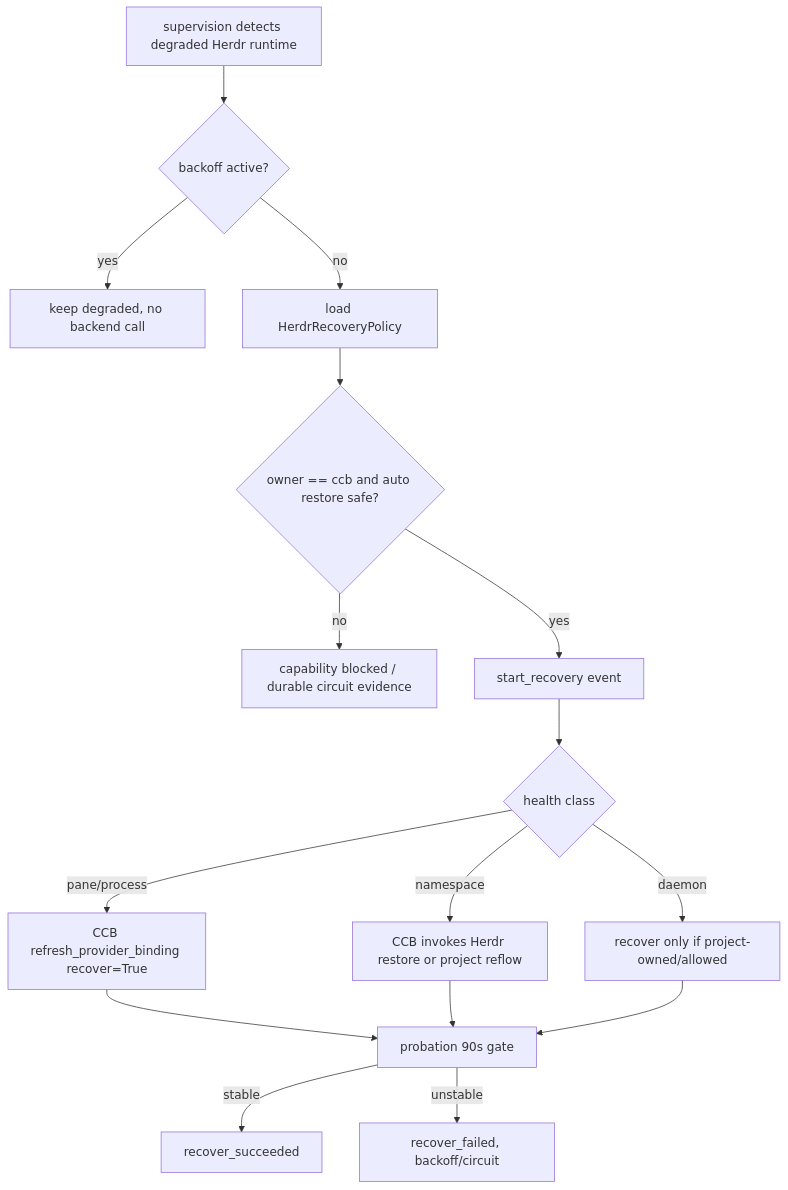
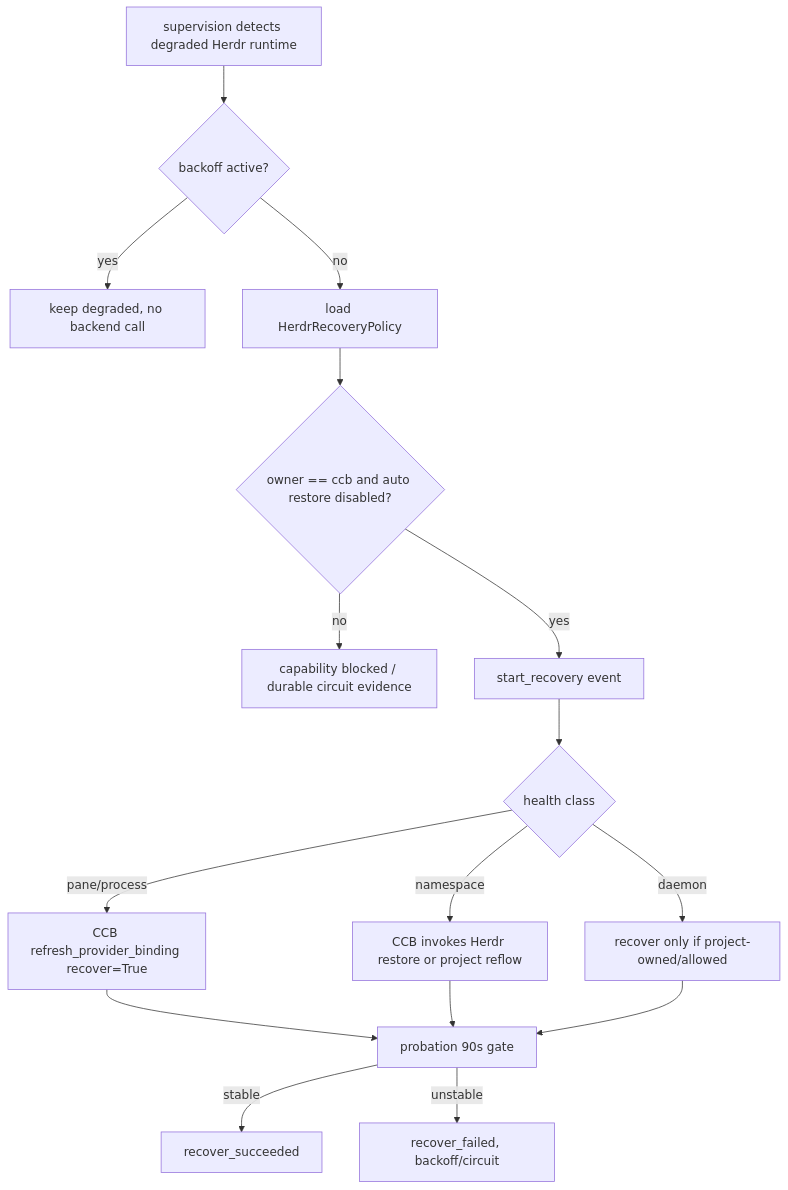
The diagram in .codestable/features/2026-07-31-herdr-bounded-recovery-boundary/herdr-bounded-recovery-boundary-design.md (TachiKuma/claude_code_bridge), drawn with Mermaid before and after one commit. The commit also changed other lines of this file and 38 other files, not shown here.

````diff
--- a/.codestable/features/2026-07-31-herdr-bounded-recovery-boundary/herdr-bounded-recovery-boundary-design.md
+++ b/.codestable/features/2026-07-31-herdr-bounded-recovery-boundary/herdr-bounded-recovery-boundary-design.md
@@ -167,18 +168,18 @@
 ```mermaid
 flowchart TD
   A[supervision detects degraded Herdr runtime] --> B{backoff active?}
   B -- yes --> C[keep degraded, no backend call]
   B -- no --> D[load HerdrRecoveryPolicy]
-  D --> E{owner == ccb and auto restore safe?}
+  D --> E{owner == ccb and auto restore disabled?}
   E -- no --> F[capability blocked / durable circuit evidence]
   E -- yes --> G[start_recovery event]
   G --> H{health class}
   H -- pane/process --> I[CCB refresh_provider_binding recover=True]
   H -- namespace --> J[CCB invokes Herdr restore or project reflow]
   H -- daemon --> K[recover only if project-owned/allowed]
   I --> L[probation 90s gate]
   J --> L
   K --> L
   L -- stable --> M[recover_succeeded]
   L -- unstable --> N[recover_failed, backoff/circuit]
 ```
````
